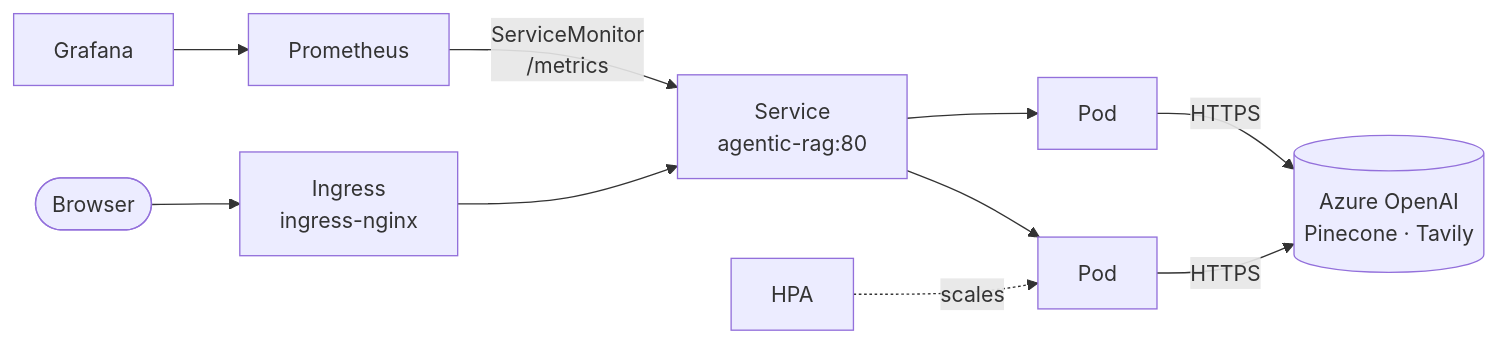
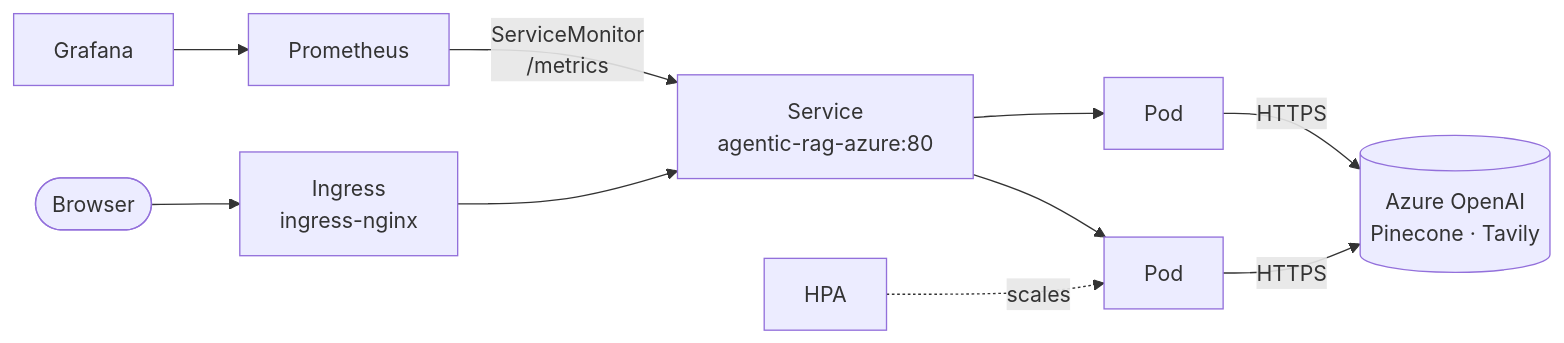
Before and after one commit to joinsrikanth945/Wealth-agentic-rag-azure-openai: the diagram in k8s/README.md, drawn with Mermaid. The commit also changed other lines of this file and 37 other files, not shown here.

Commit message:
Rename the Kubernetes deployment to agentic-rag-azure

````diff
--- a/k8s/README.md
+++ b/k8s/README.md
@@ -60,11 +60,11 @@
 ```mermaid
 flowchart LR
     U([Browser]) --> I[Ingress<br/>ingress-nginx]
-    I --> S[Service<br/>agentic-rag:80]
+    I --> S[Service<br/>agentic-rag-azure:80]
     S --> P1[Pod]
     S --> P2[Pod]
     H[HPA] -. scales .-> P1
     PR[Prometheus] -- ServiceMonitor<br/>/metrics --> S
     G[Grafana] --> PR
     P1 & P2 -- HTTPS --> X[(Azure OpenAI<br/>Pinecone · Tavily)]
 ```
````
